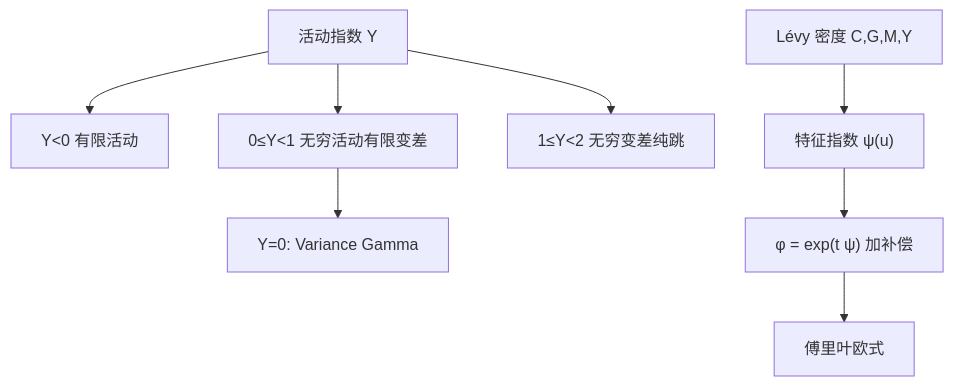
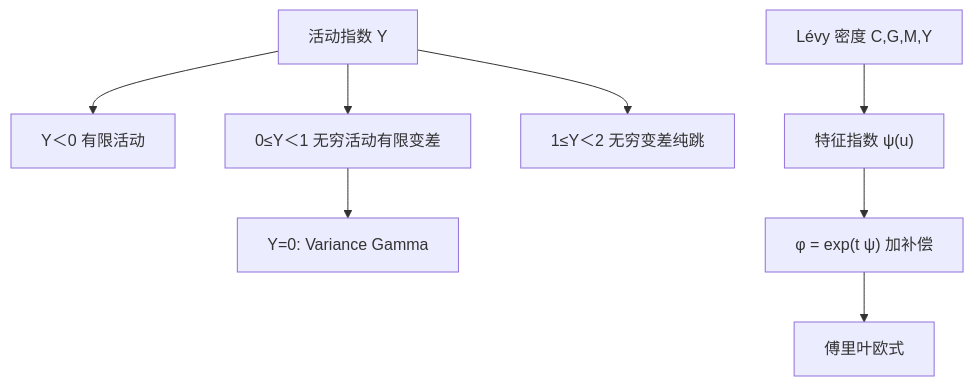
One commit to xhongduo-tech/xhongduo-tech.github.io changed the diagram in docs/quant/cgmy.md. Above: the diagram before and after it, drawn with Mermaid. The commit also changed other lines of this file and 772 other files, not shown here.

````diff
--- a/docs/quant/cgmy.md
+++ b/docs/quant/cgmy.md
@@ -61,10 +61,10 @@
 ```mermaid
 flowchart TD
-  Y["活动指数 Y"] --> A["Y<0 有限活动"]
-  Y --> B["0≤Y<1 无穷活动有限变差"]
-  Y --> C["1≤Y<2 无穷变差纯跳"]
+  Y["活动指数 Y"] --> A["Y＜0 有限活动"]
+  Y --> B["0≤Y＜1 无穷活动有限变差"]
+  Y --> C["1≤Y＜2 无穷变差纯跳"]
   B --> VG["Y=0: Variance Gamma"]
   Pi["Lévy 密度 C,G,M,Y"] --> Psi["特征指数 ψ(u)"]
   Psi --> Phi["φ = exp(t ψ) 加补偿"]
   Phi --> Opt["傅里叶欧式"]
 ```
````
